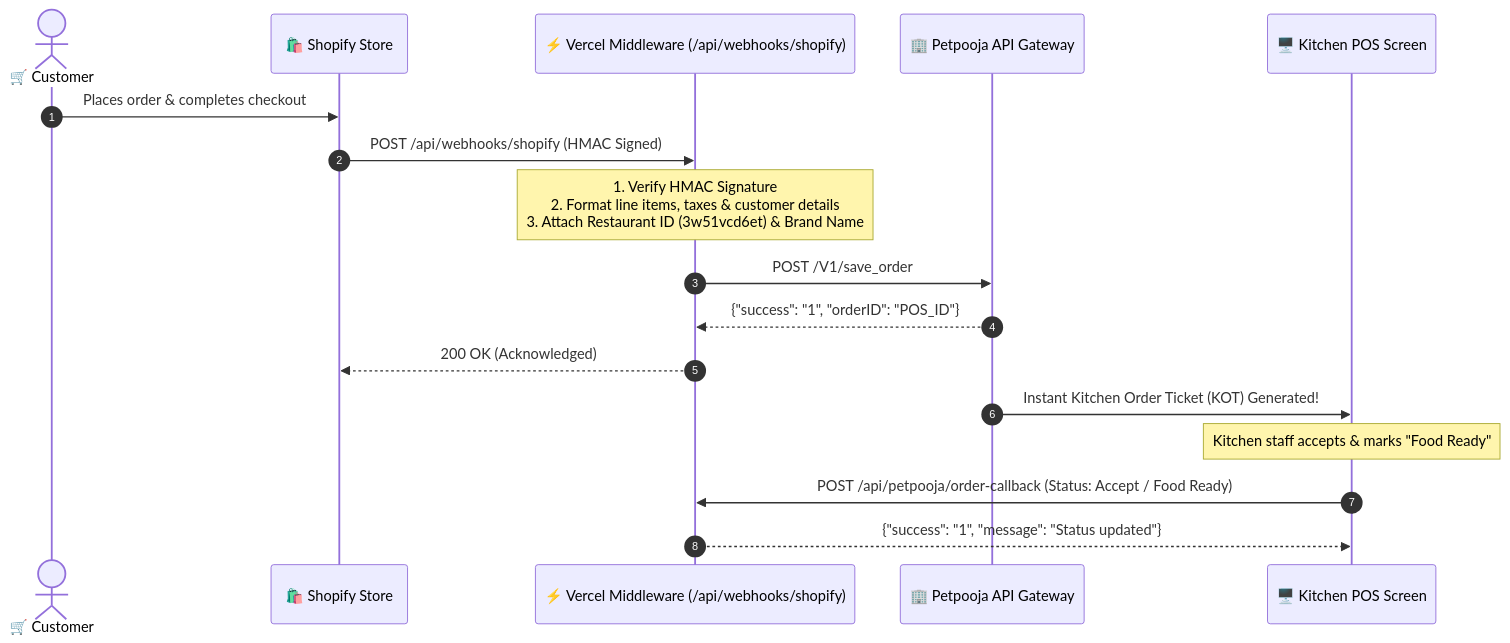
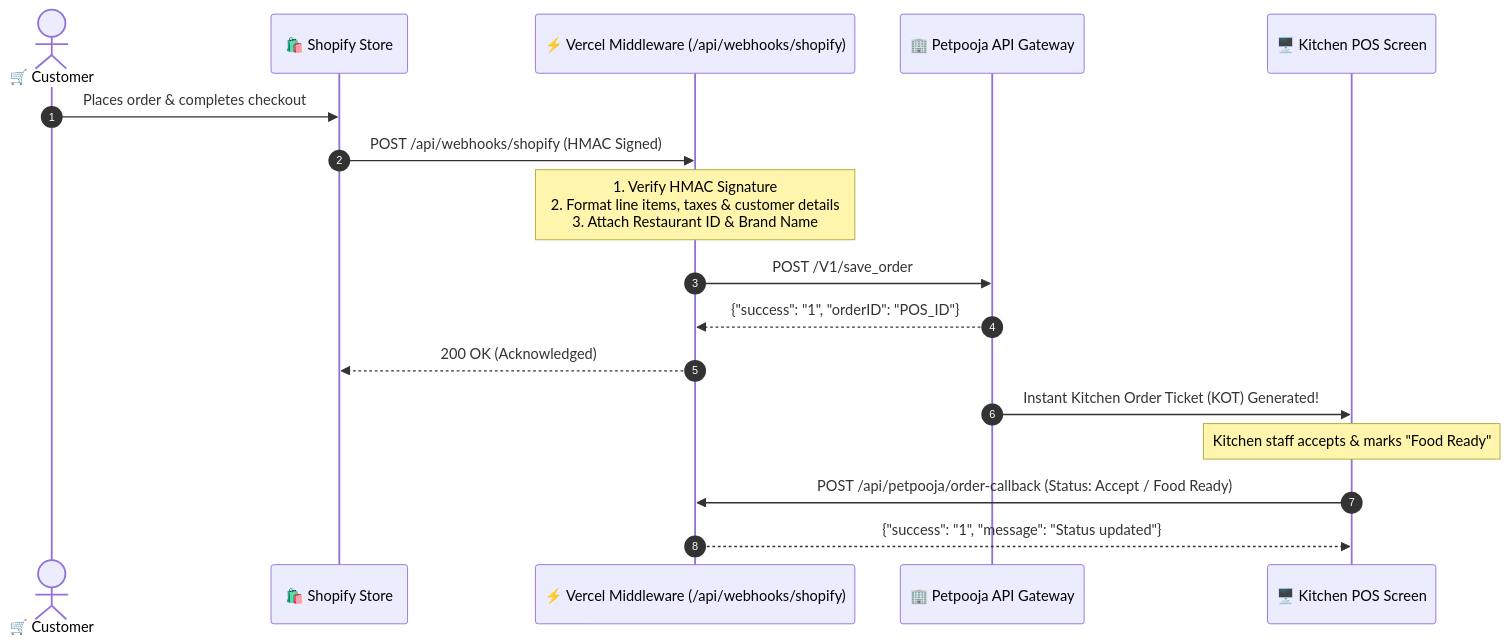
The diagram in README.md (ABVicky/MiddleWare---PetPoojaxShopify-Creamvora-), drawn with Mermaid before and after one commit. The commit also changed other lines of this file and 2 other files, not shown here.

````diff
--- a/README.md
+++ b/README.md
@@ -34,20 +34,20 @@
 ```mermaid
 sequenceDiagram
     autonumber
     actor Customer as 🛒 Customer
     participant Shopify as 🛍️ Shopify Store
     participant Middleware as ⚡ Vercel Middleware (/api/webhooks/shopify)
     participant Petpooja as 🏢 Petpooja API Gateway
     participant POS as 🖥️ Kitchen POS Screen
 
     Customer->>Shopify: Places order & completes checkout
     Shopify->>Middleware: POST /api/webhooks/shopify (HMAC Signed)
-    Note over Middleware: 1. Verify HMAC Signature<br/>2. Format line items, taxes & customer details<br/>3. Attach Restaurant ID (3w51vcd6et) & Brand Name
+    Note over Middleware: 1. Verify HMAC Signature<br/>2. Format line items, taxes & customer details<br/>3. Attach Restaurant ID & Brand Name
     Middleware->>Petpooja: POST /V1/save_order
     Petpooja-->>Middleware: {"success": "1", "orderID": "POS_ID"}
     Middleware-->>Shopify: 200 OK (Acknowledged)
     Petpooja->>POS: Instant Kitchen Order Ticket (KOT) Generated!
     Note over POS: Kitchen staff accepts & marks "Food Ready"
     POS->>Middleware: POST /api/petpooja/order-callback (Status: Accept / Food Ready)
     Middleware-->>POS: {"success": "1", "message": "Status updated"}
 ```
````
